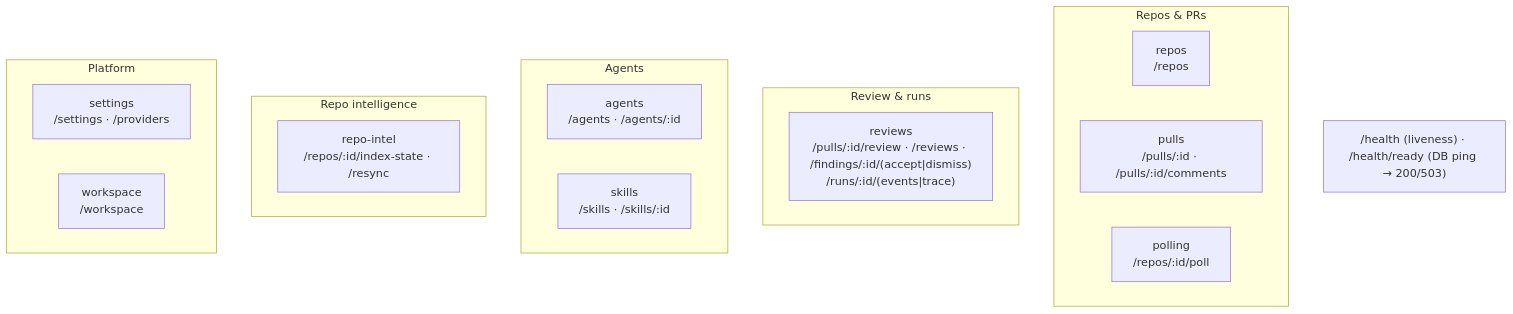
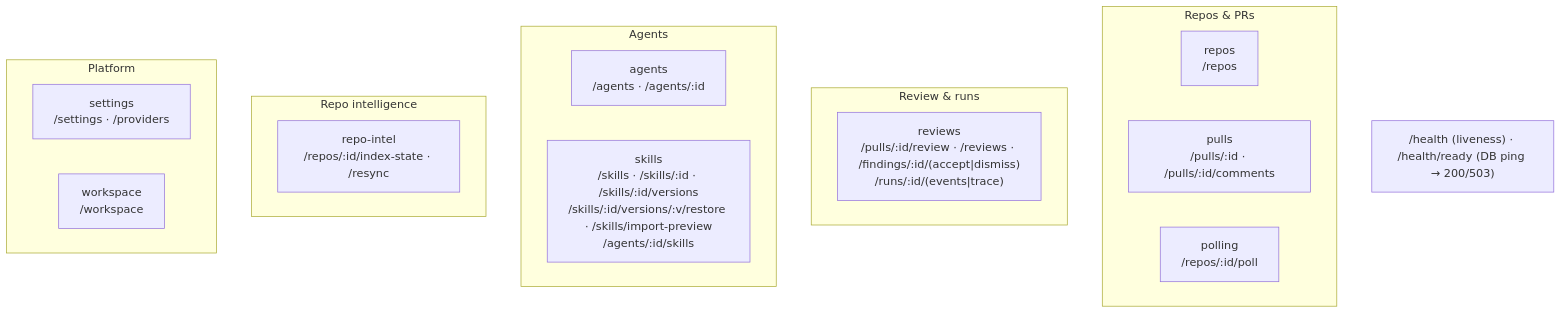
The second of 2 diagrams in server/README.md (s-deer/dev-digest), drawn with Mermaid before and after one commit. The commit also changed other lines of this file and 141 other files, not shown here.

````diff
--- a/server/README.md
+++ b/server/README.md
@@ -64,23 +64,23 @@
 ```mermaid
 flowchart TB
   subgraph Repos_PRs["Repos & PRs"]
     repos["repos<br/>/repos"]
     pulls["pulls<br/>/pulls/:id · /pulls/:id/comments"]
     polling["polling<br/>/repos/:id/poll"]
   end
   subgraph Review["Review & runs"]
     reviews["reviews<br/>/pulls/:id/review · /reviews · /findings/:id/(accept|dismiss)<br/>/runs/:id/(events|trace)"]
   end
    subgraph Agents["Agents"]
     agents["agents<br/>/agents · /agents/:id"]
-    skills["skills<br/>/skills · /skills/:id"]
+    skills["skills<br/>/skills · /skills/:id · /skills/:id/versions<br/>/skills/:id/versions/:v/restore · /skills/import-preview<br/>/agents/:id/skills"]
    end
   subgraph Intel["Repo intelligence"]
     repoIntel["repo-intel<br/>/repos/:id/index-state · /resync"]
   end
   subgraph Platform["Platform"]
     settings["settings<br/>/settings · /providers"]
     workspace["workspace<br/>/workspace"]
   end
   HEALTH["/health (liveness) · /health/ready (DB ping → 200/503)"]
 ```
````
